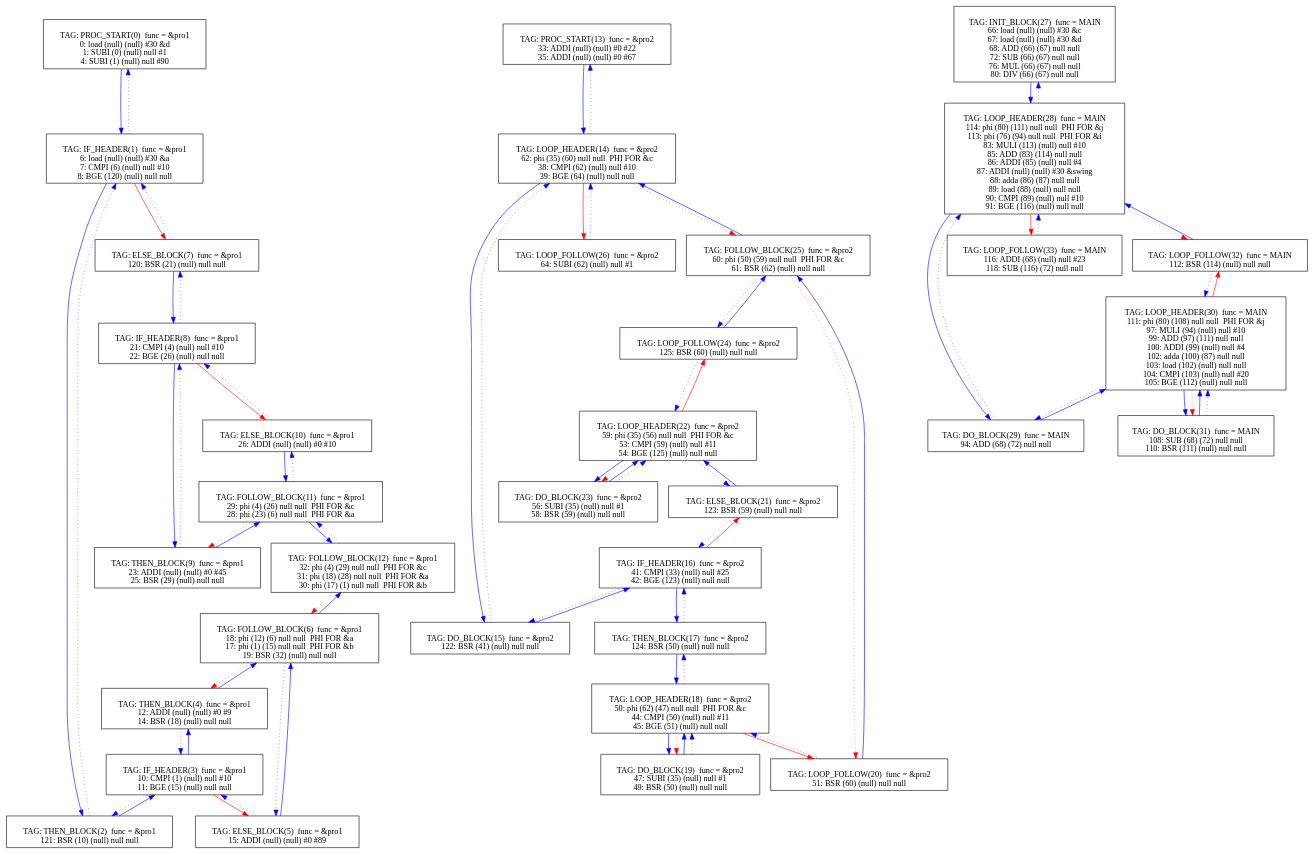
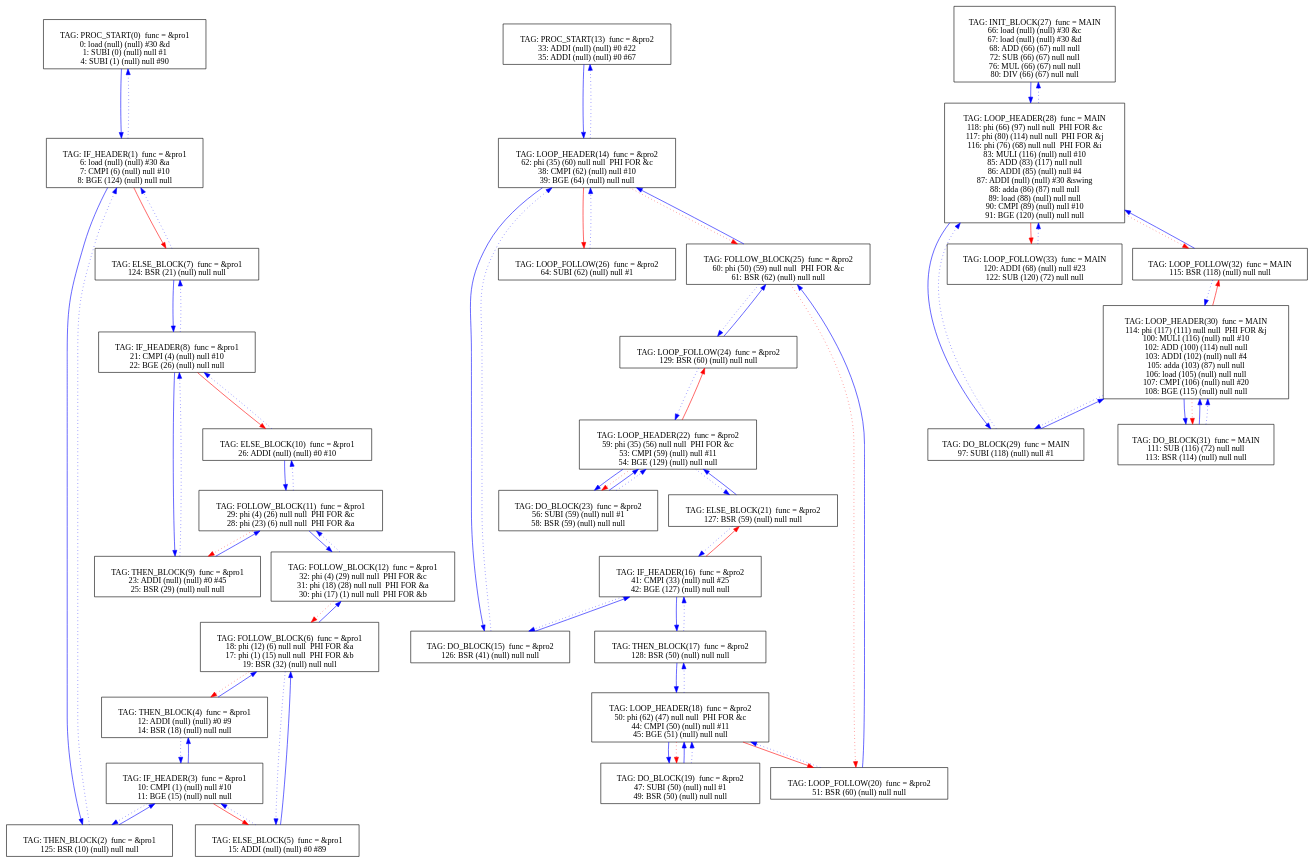
Before and after one commit to mbajaj92/Project-Astoria: the diagram in Compiler/graph.dot, drawn with Graphviz. The commit also changed 87 other files, not shown here.

```diff
--- a/Compiler/graph.dot
+++ b/Compiler/graph.dot
@@ -11,7 +11,7 @@
 TAG: IF_HEADER(1)  func = &pro1
 6: load (null) (null) #30 &a
 7: CMPI (6) (null) null #10
-8: BGE (120) (null) null null
+8: BGE (124) (null) null null
 "];
 1[shape=box];
 1 -> 2[color=blue]
@@ -19,7 +19,7 @@
 1 -> 0[color=blue][style=dotted]
 2[label="
 TAG: THEN_BLOCK(2)  func = &pro1
-121: BSR (10) (null) null null
+125: BSR (10) (null) null null
 "];
 2[shape=box];
 2 -> 3[color=blue]
@@ -60,7 +60,7 @@
 6 -> 4[color=red][style=dotted]
 7[label="
 TAG: ELSE_BLOCK(7)  func = &pro1
-120: BSR (21) (null) null null
+124: BSR (21) (null) null null
 "];
 7[shape=box];
 7 -> 8[color=blue]
@@ -127,7 +127,7 @@
 14 -> 25[color=red][style=dotted]
 15[label="
 TAG: DO_BLOCK(15)  func = &pro2
-122: BSR (41) (null) null null
+126: BSR (41) (null) null null
 "];
 15[shape=box];
 15 -> 16[color=blue]
@@ -135,7 +135,7 @@
 16[label="
 TAG: IF_HEADER(16)  func = &pro2
 41: CMPI (33) (null) null #25
-42: BGE (123) (null) null null
+42: BGE (127) (null) null null
 "];
 16[shape=box];
 16 -> 17[color=blue]
@@ -143,7 +143,7 @@
 16 -> 15[color=blue][style=dotted]
 17[label="
 TAG: THEN_BLOCK(17)  func = &pro2
-124: BSR (50) (null) null null
+128: BSR (50) (null) null null
 "];
 17[shape=box];
 17 -> 18[color=blue]
@@ -161,7 +161,7 @@
 18 -> 19[color=red][style=dotted]
 19[label="
 TAG: DO_BLOCK(19)  func = &pro2
-47: SUBI (35) (null) null #1
+47: SUBI (50) (null) null #1
 49: BSR (50) (null) null null
 "];
 19[shape=box];
@@ -176,7 +176,7 @@
 20 -> 18[color=blue][style=dotted]
 21[label="
 TAG: ELSE_BLOCK(21)  func = &pro2
-123: BSR (59) (null) null null
+127: BSR (59) (null) null null
 "];
 21[shape=box];
 21 -> 22[color=blue]
@@ -185,7 +185,7 @@
 TAG: LOOP_HEADER(22)  func = &pro2
 59: phi (35) (56) null null  PHI FOR &c
 53: CMPI (59) (null) null #11
-54: BGE (125) (null) null null
+54: BGE (129) (null) null null
 "];
 22[shape=box];
 22 -> 23[color=blue]
@@ -194,7 +194,7 @@
 22 -> 23[color=red][style=dotted]
 23[label="
 TAG: DO_BLOCK(23)  func = &pro2
-56: SUBI (35) (null) null #1
+56: SUBI (59) (null) null #1
 58: BSR (59) (null) null null
 "];
 23[shape=box];
@@ -202,7 +202,7 @@
 23 -> 22[color=blue][style=dotted]
 24[label="
 TAG: LOOP_FOLLOW(24)  func = &pro2
-125: BSR (60) (null) null null
+129: BSR (60) (null) null null
 "];
 24[shape=box];
 24 -> 25[color=blue]
@@ -235,16 +235,17 @@
 27 -> 28[color=blue]
 28[label="
 TAG: LOOP_HEADER(28)  func = MAIN
-114: phi (80) (111) null null  PHI FOR &j
-113: phi (76) (94) null null  PHI FOR &i
-83: MULI (113) (null) null #10
-85: ADD (83) (114) null null
+118: phi (66) (97) null null  PHI FOR &c
+117: phi (80) (114) null null  PHI FOR &j
+116: phi (76) (68) null null  PHI FOR &i
+83: MULI (116) (null) null #10
+85: ADD (83) (117) null null
 86: ADDI (85) (null) null #4
 87: ADDI (null) (null) #30 &swing
 88: adda (86) (87) null null
 89: load (88) (null) null null
 90: CMPI (89) (null) null #10
-91: BGE (116) (null) null null
+91: BGE (120) (null) null null
 "];
 28[shape=box];
 28 -> 29[color=blue]
@@ -253,21 +254,21 @@
 28 -> 32[color=red][style=dotted]
 29[label="
 TAG: DO_BLOCK(29)  func = MAIN
-94: ADD (68) (72) null null
+97: SUBI (118) (null) null #1
 "];
 29[shape=box];
 29 -> 30[color=blue]
 29 -> 28[color=blue][style=dotted]
 30[label="
 TAG: LOOP_HEADER(30)  func = MAIN
-111: phi (80) (108) null null  PHI FOR &j
-97: MULI (94) (null) null #10
-99: ADD (97) (111) null null
-100: ADDI (99) (null) null #4
-102: adda (100) (87) null null
-103: load (102) (null) null null
-104: CMPI (103) (null) null #20
-105: BGE (112) (null) null null
+114: phi (117) (111) null null  PHI FOR &j
+100: MULI (116) (null) null #10
+102: ADD (100) (114) null null
+103: ADDI (102) (null) null #4
+105: adda (103) (87) null null
+106: load (105) (null) null null
+107: CMPI (106) (null) null #20
+108: BGE (115) (null) null null
 "];
 30[shape=box];
 30 -> 31[color=blue]
@@ -276,23 +277,23 @@
 30 -> 31[color=red][style=dotted]
 31[label="
 TAG: DO_BLOCK(31)  func = MAIN
-108: SUB (68) (72) null null
-110: BSR (111) (null) null null
+111: SUB (116) (72) null null
+113: BSR (114) (null) null null
 "];
 31[shape=box];
 31 -> 30[color=blue]
 31 -> 30[color=blue][style=dotted]
 32[label="
 TAG: LOOP_FOLLOW(32)  func = MAIN
-112: BSR (114) (null) null null
+115: BSR (118) (null) null null
 "];
 32[shape=box];
 32 -> 28[color=blue]
 32 -> 30[color=blue][style=dotted]
 33[label="
 TAG: LOOP_FOLLOW(33)  func = MAIN
-116: ADDI (68) (null) null #23
-118: SUB (116) (72) null null
+120: ADDI (68) (null) null #23
+122: SUB (120) (72) null null
 "];
 33[shape=box];
 33 -> 28[color=blue][style=dotted]
```
